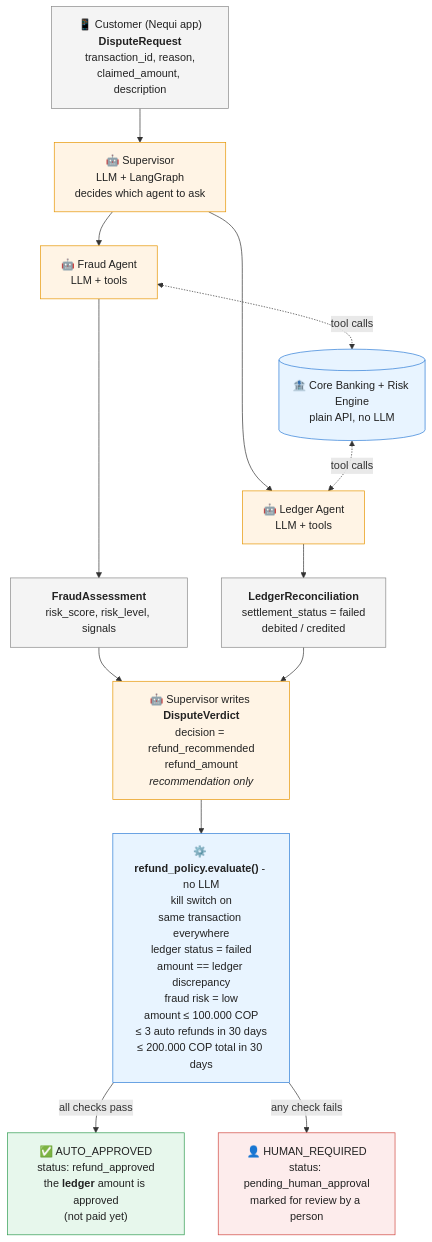
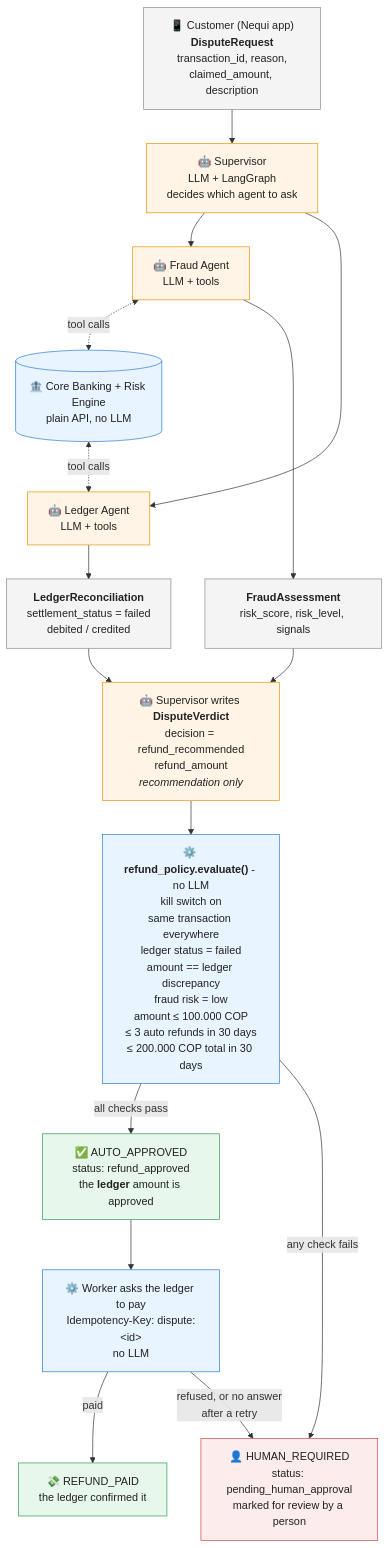
Before and after one commit to mangeleth/nequi-bank-agent-demo: the first of 5 diagrams in README.md, drawn with Mermaid. The commit also changed other lines of this file and 12 other files, not shown here.

First line of the commit message:
M6 Step 11 (part 4): the worker pays approved refunds

````diff
--- a/README.md
+++ b/README.md
@@ -15,38 +15,43 @@
 ```mermaid
 flowchart TD
     customer["📱 Customer (Nequi app)<br/><b>DisputeRequest</b><br/>transaction_id, reason,<br/>claimed_amount, description"]
     supervisor["🤖 Supervisor<br/>LLM + LangGraph<br/>decides which agent to ask"]
     fraud["🤖 Fraud Agent<br/>LLM + tools"]
     ledger["🤖 Ledger Agent<br/>LLM + tools"]
     core[("🏦 Core Banking + Risk Engine<br/>plain API, no LLM")]
     fa["<b>FraudAssessment</b><br/>risk_score, risk_level, signals"]
     lr["<b>LedgerReconciliation</b><br/>settlement_status = failed<br/>debited / credited"]
     verdict["🤖 Supervisor writes <b>DisputeVerdict</b><br/>decision = refund_recommended<br/>refund_amount<br/><i>recommendation only</i>"]
     policy["⚙️ <b>refund_policy.evaluate()</b> - no LLM<br/>kill switch on<br/>same transaction everywhere<br/>ledger status = failed<br/>amount == ledger discrepancy<br/>fraud risk = low<br/>amount ≤ 100.000 COP<br/>≤ 3 auto refunds in 30 days<br/>≤ 200.000 COP total in 30 days"]
-    auto["✅ AUTO_APPROVED<br/>status: refund_approved<br/>the <b>ledger</b> amount is approved<br/>(not paid yet)"]
+    auto["✅ AUTO_APPROVED<br/>status: refund_approved<br/>the <b>ledger</b> amount is approved"]
+    pay["⚙️ Worker asks the ledger to pay<br/>Idempotency-Key: dispute:&lt;id&gt;<br/>no LLM"]
+    paid["💸 REFUND_PAID<br/>the ledger confirmed it"]
     human["👤 HUMAN_REQUIRED<br/>status: pending_human_approval<br/>marked for review by a person"]
 
     customer --> supervisor
     supervisor --> fraud
     supervisor --> ledger
     fraud <-. "tool calls" .-> core
     core <-. "tool calls" .-> ledger
     fraud --> fa
     ledger --> lr
     fa --> verdict
     lr --> verdict
     verdict --> policy
     policy -- "all checks pass" --> auto
     policy -- "any check fails" --> human
+    auto --> pay
+    pay -- "paid" --> paid
+    pay -- "refused, or no answer<br/>after a retry" --> human
 
     classDef llm fill:#fff4e5,stroke:#e69500,color:#222
     classDef det fill:#e8f4ff,stroke:#2b7bd6,color:#222
     classDef data fill:#f4f4f4,stroke:#888,color:#222
     classDef ok fill:#e7f7ec,stroke:#2e9b4f,color:#222
     classDef review fill:#fdecec,stroke:#d0453f,color:#222
     class supervisor,fraud,ledger,verdict llm
-    class core,policy det
+    class core,policy,pay det
     class customer,fa,lr data
-    class auto ok
+    class auto,paid ok
     class human review
 ```
````
